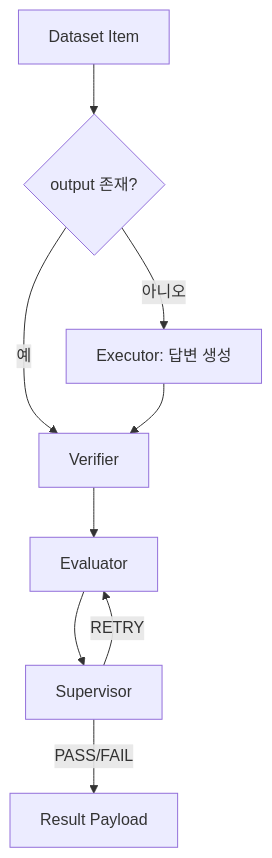
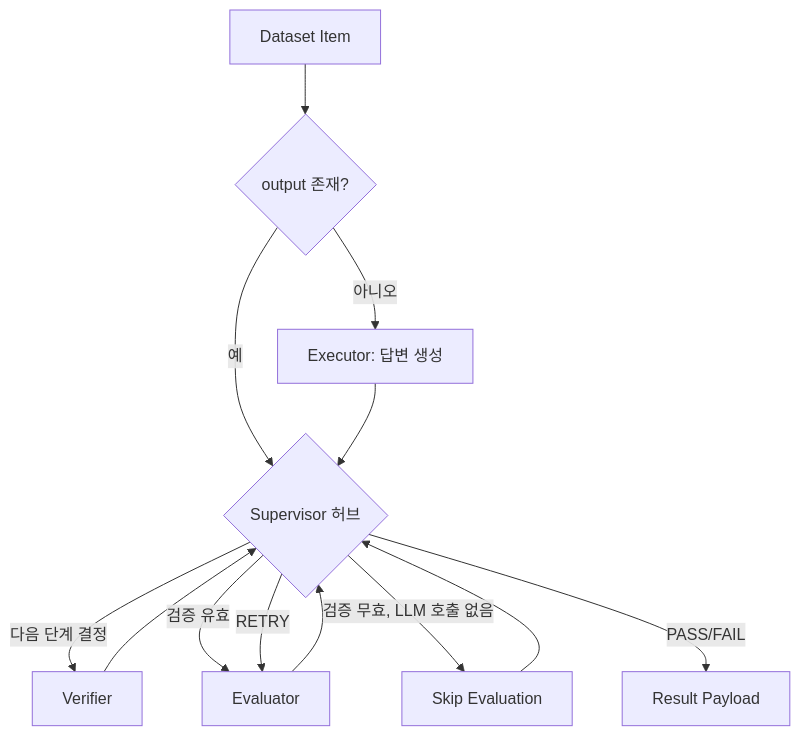
Before and after one commit to hjyoon99/AIEvalPlatform: the fourth of 5 diagrams in docs/Data-Pipeline.md, drawn with Mermaid. The commit also changed other lines of this file and 2 other files, not shown here.

Commit message:
docs: clarify Judge vs JudgeJob/JudgeWorker naming collision #16
Backend의 JudgeJob/JudgeWorker(Agent Engine 전체 호출 1건을 감싸는
큐 테이블/워커)와, 이후 추가할 다중 모델 합의(consensus) 로직의
이름이 겹칠 위험이 있었다(#14). 실제로 grep해보니 consensus/
aggregate_consensus 관련 식별자는 아직 코드베이스에 전혀 없어서,
지금 리네이밍할 대상은 없고 향후 추가할 사람이 헷갈리지 않도록
규칙을 미리 문서/주석에 남겨둔다.

- evaluation_graph.py: EvaluationWorkflow docstring에 두 Judge
  개념이 다르다는 설명과, 향후 합의 로직은 judge_* 대신
  consensus_evaluator/aggregate_consensus로 명명한다는 규칙 추가
- architecture.md: "의도적으로 남겨둔 확장 지점" 섹션에 동일한
  구분/명명 규칙 추가
- Data-Pipeline.md: Agent Engine 내부 흐름 섹션에 동일 설명 추가.
  겸사겸사 #15 이후 갱신되지 않았던 이 섹션의 mermaid 다이어그램을
  고정 파이프라인 → Supervisor 허브 구조로 갱신

````diff
--- a/docs/Data-Pipeline.md
+++ b/docs/Data-Pipeline.md
@@ -154,11 +154,15 @@
 ```mermaid
 flowchart TD
     IN[Dataset Item] --> Q{output 존재?}
     Q -->|아니오| EX[Executor: 답변 생성]
-    Q -->|예| V[Verifier]
-    EX --> V
-    V --> EV[Evaluator]
-    EV --> SU[Supervisor]
-    SU -->|RETRY| EV
-    SU -->|PASS/FAIL| OUT[Result Payload]
+    Q -->|예| SUP
+    EX --> SUP
+    SUP{Supervisor 허브} -->|다음 단계 결정| V[Verifier]
+    SUP -->|검증 유효| EV[Evaluator]
+    SUP -->|검증 무효, LLM 호출 없음| SK[Skip Evaluation]
+    V --> SUP
+    EV --> SUP
+    SK --> SUP
+    SUP -->|RETRY| EV
+    SUP -->|PASS/FAIL| OUT[Result Payload]
 ```
````
